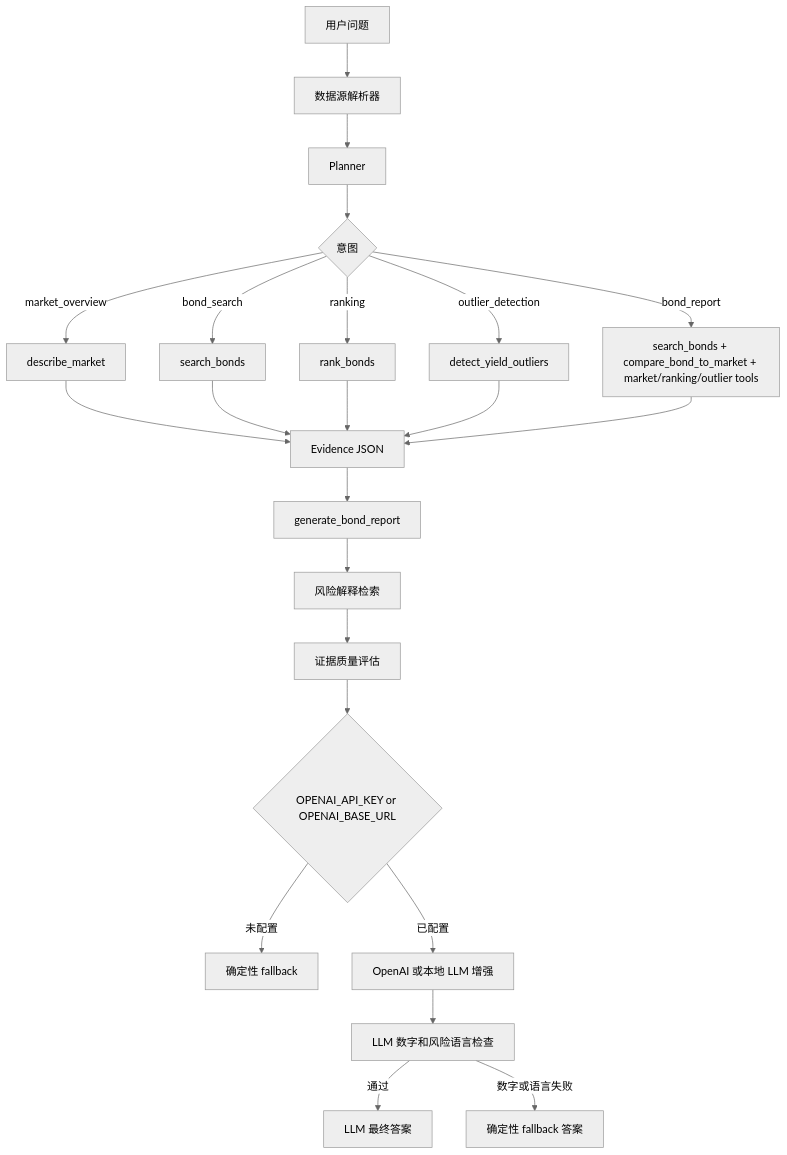
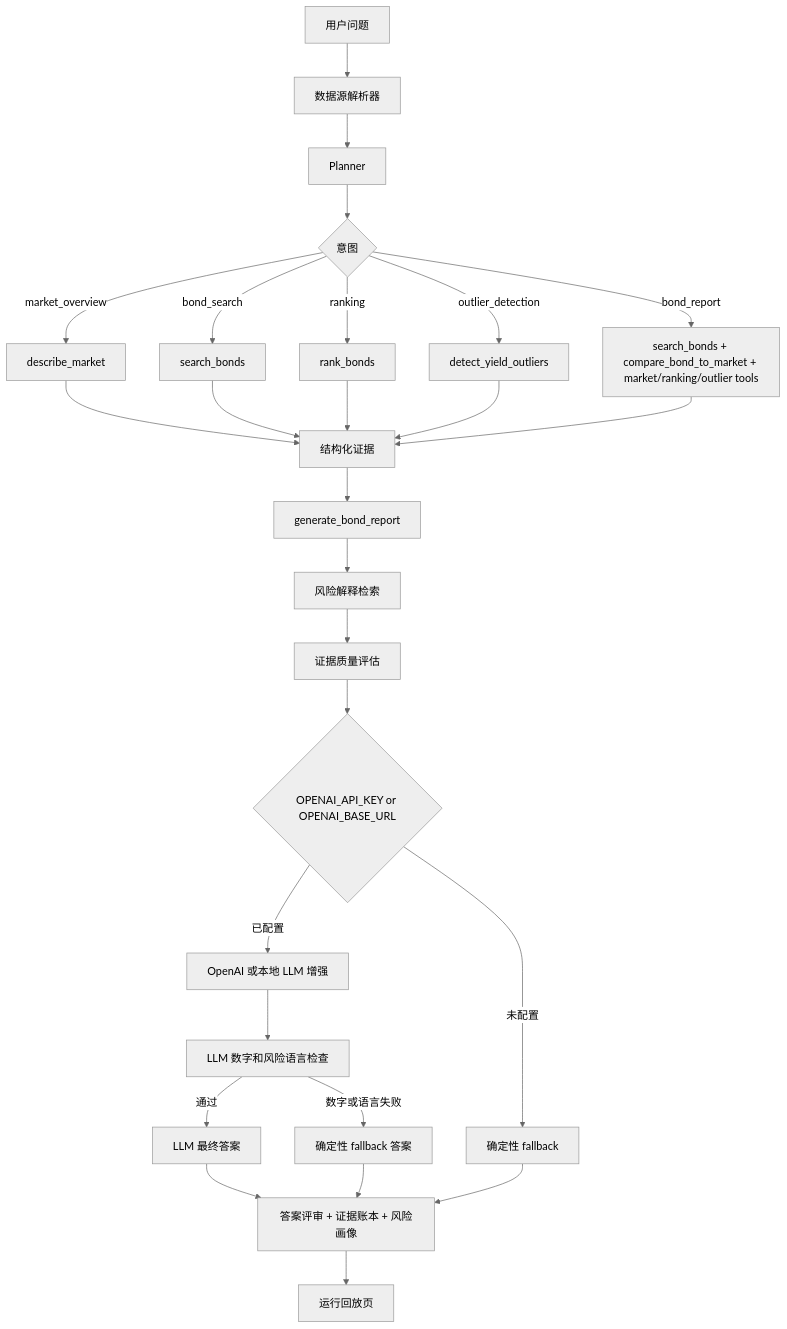
The diagram in README.zh-CN.md (Phoenix0531-sudo/bondlens-ai), drawn with Mermaid (neutral theme) before and after one commit. The commit also changed other lines of this file and 21 other files, not shown here.

````diff
--- a/README.zh-CN.md
+++ b/README.zh-CN.md
@@ -74,25 +80,29 @@
 ```mermaid
 flowchart TD
     A[用户问题] --> B[数据源解析器]
     B --> C[Planner]
     C --> D{意图}
     D -->|market_overview| E[describe_market]
     D -->|bond_search| F[search_bonds]
     D -->|ranking| G[rank_bonds]
     D -->|outlier_detection| H[detect_yield_outliers]
     D -->|bond_report| I[search_bonds + compare_bond_to_market + market/ranking/outlier tools]
-    E --> J[Evidence JSON]
+    E --> J[结构化证据]
     F --> J
     G --> J
     H --> J
     I --> J
     J --> K[generate_bond_report]
     K --> L[风险解释检索]
     L --> M[证据质量评估]
     M --> N{OPENAI_API_KEY or OPENAI_BASE_URL}
     N -->|未配置| O[确定性 fallback]
     N -->|已配置| P[OpenAI 或本地 LLM 增强]
     P --> Q[LLM 数字和风险语言检查]
     Q -->|通过| R[LLM 最终答案]
     Q -->|数字或语言失败| S[确定性 fallback 答案]
+    R --> T[答案评审 + 证据账本 + 风险画像]
+    S --> T
+    O --> T
+    T --> U[运行回放页]
 ```
````
